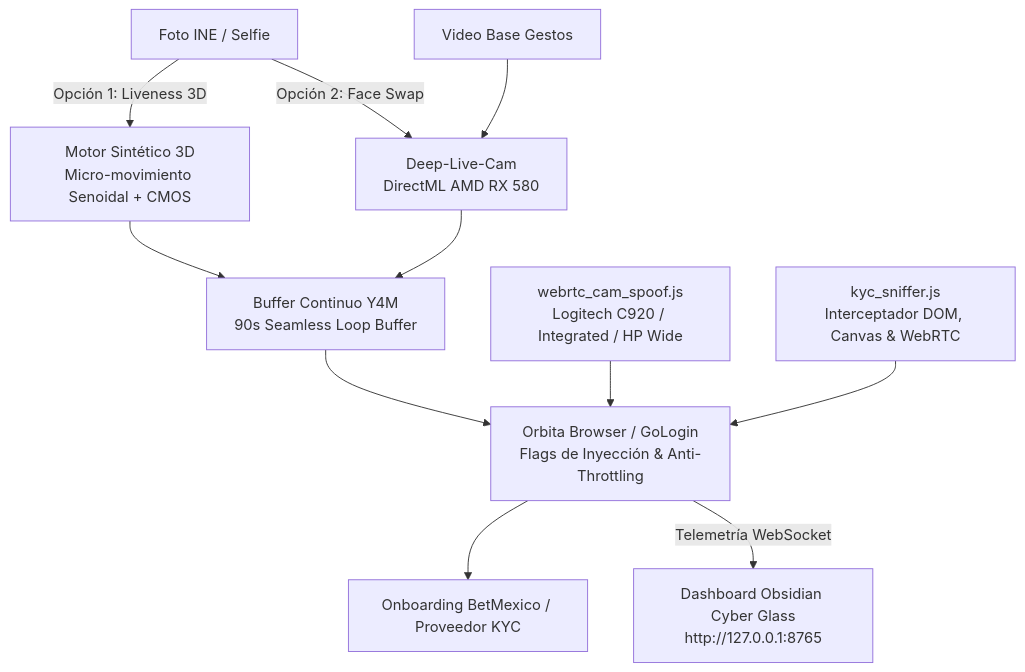
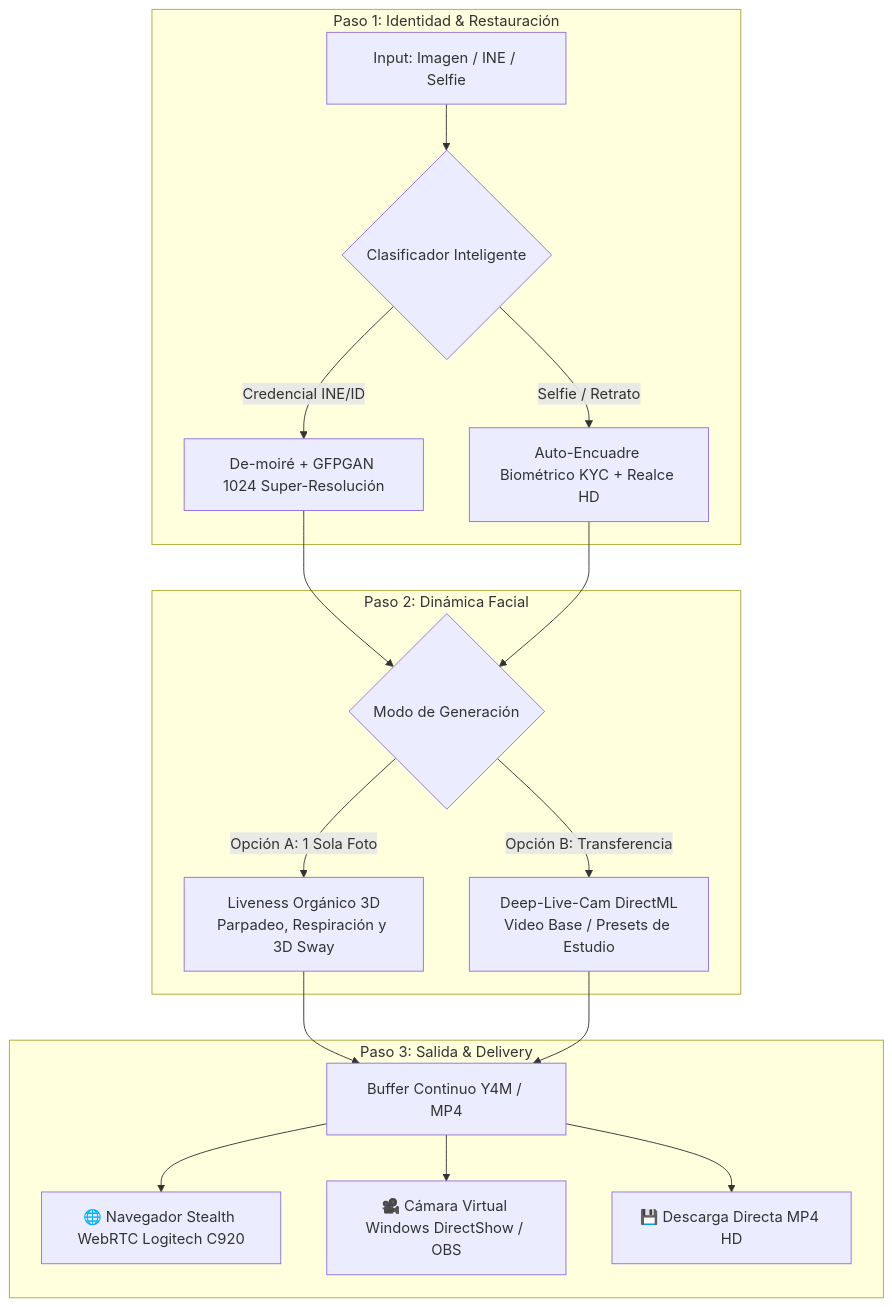
One commit to roobertvonsinger/kcky changed the diagram in README.md. Above: the diagram before and after it, drawn with Mermaid. The commit also changed other lines of this file and 26 other files, not shown here.

````diff
--- a/README.md
+++ b/README.md
@@ -9,16 +11,23 @@
 ```mermaid
-flowchart TD
-    A[Foto INE / Selfie] -->|Opción 1: Liveness 3D| B[Motor Sintético 3D\nMicro-movimiento Senoidal + CMOS]
-    A -->|Opción 2: Face Swap| C[Deep-Live-Cam\nDirectML AMD RX 580]
-    D[Video Base Gestos] --> C
-    
-    B --> E[Buffer Continuo Y4M\n90s Seamless Loop Buffer]
-    C --> E
-    
-    E --> F[Orbita Browser / GoLogin\nFlags de Inyección & Anti-Throttling]
-    G[webrtc_cam_spoof.js\nLogitech C920 / Integrated / HP Wide] --> F
-    H[kyc_sniffer.js\nInterceptador DOM, Canvas & WebRTC] --> F
-    
-    F --> I[Onboarding BetMexico / Proveedor KYC]
-    F -->|Telemetría WebSocket| J[Dashboard Obsidian Cyber Glass\nhttp://127.0.0.1:8765]
+graph TD
+    subgraph Paso 1: Identidad & Restauración
+        A[Input: Imagen / INE / Selfie] --> B{Clasificador Inteligente}
+        B -->|Credencial INE/ID| C[De-moiré + GFPGAN 1024 Super-Resolución]
+        B -->|Selfie / Retrato| D[Auto-Encuadre Biométrico KYC + Realce HD]
+    end
+
+    subgraph Paso 2: Dinámica Facial
+        C --> E{Modo de Generación}
+        D --> E
+        E -->|Opción A: 1 Sola Foto| F[Liveness Orgánico 3D<br>Parpadeo, Respiración y 3D Sway]
+        E -->|Opción B: Transferencia| G[Deep-Live-Cam DirectML<br>Video Base / Presets de Estudio]
+    end
+
+    subgraph Paso 3: Salida & Delivery
+        F --> H[Buffer Continuo Y4M / MP4]
+        G --> H
+        H --> I[🌐 Navegador Stealth WebRTC Logitech C920]
+        H --> J[🎥 Cámara Virtual Windows DirectShow / OBS]
+        H --> K[💾 Descarga Directa MP4 HD]
+    end
 ```
````
